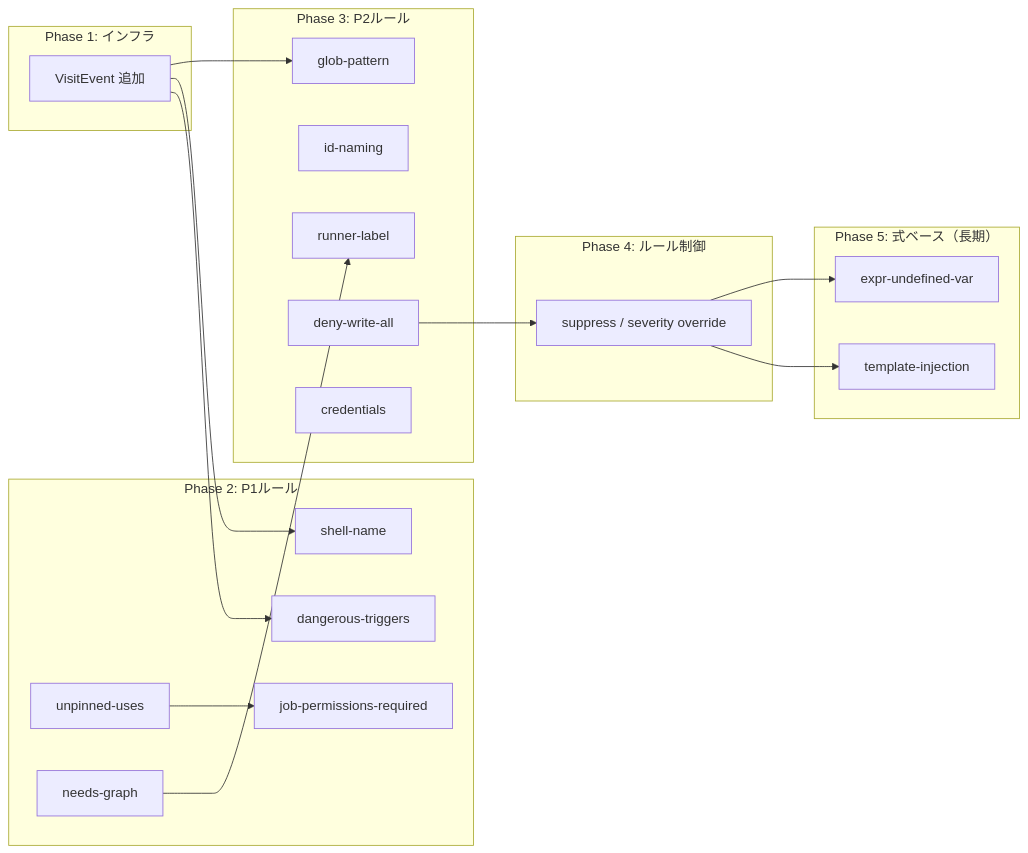
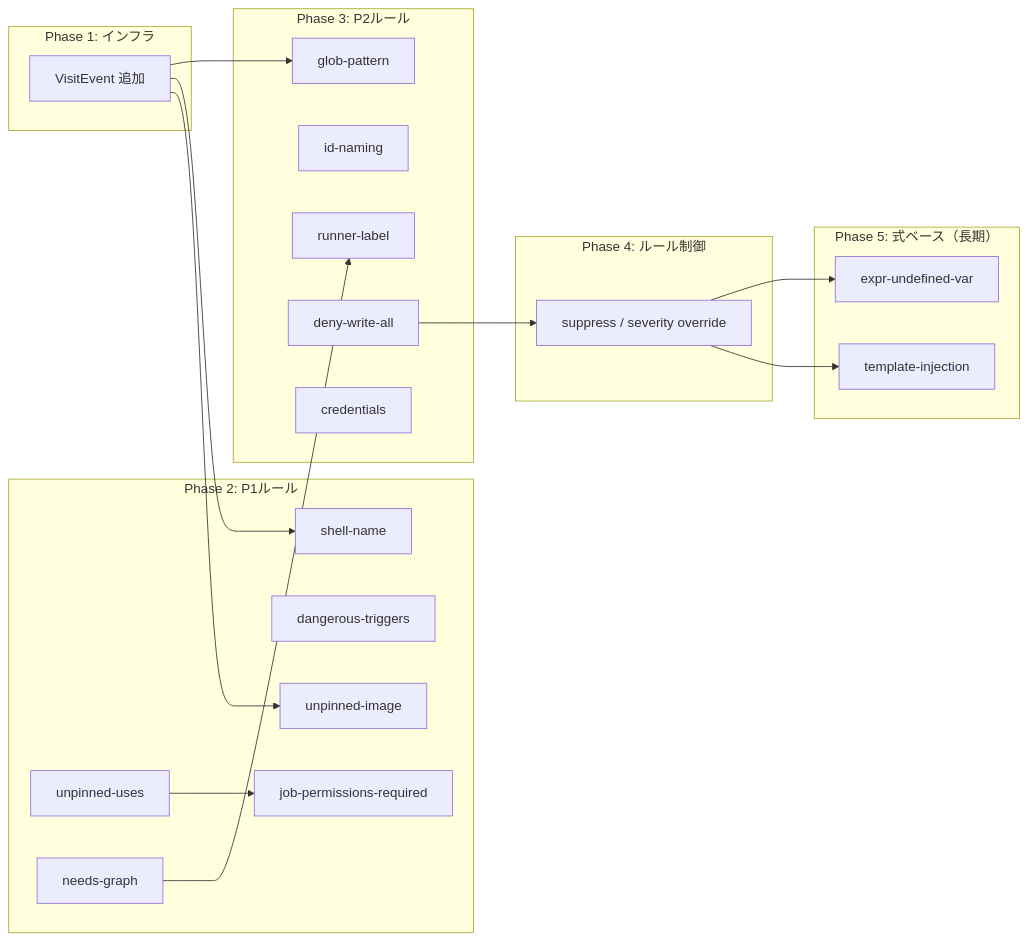
One commit to guitarrapc/seiton changed the diagram in Docs/linter_implementation_csharp_plan.md. Above: the diagram before and after it, drawn with Mermaid. The commit also changed other lines of this file and 4 other files, not shown here.

Commit message:
feat: add unpinned container image rule

````diff
--- a/Docs/linter_implementation_csharp_plan.md
+++ b/Docs/linter_implementation_csharp_plan.md
@@ -330,35 +347,36 @@
 ```mermaid
 graph LR
 subgraph "Phase 1: インフラ"
   P1A["VisitEvent 追加"]
 end
 subgraph "Phase 2: P1ルール"
   P2A["unpinned-uses"]
-  P2B["dangerous-triggers"]
-  P2C["job-permissions-required"]
-  P2D["needs-graph"]
-  P2E["shell-name"]
+  P2B["unpinned-image"]
+  P2C["dangerous-triggers"]
+  P2D["job-permissions-required"]
+  P2E["needs-graph"]
+  P2F["shell-name"]
 end
 subgraph "Phase 3: P2ルール"
   P3A["runner-label"]
   P3B["id-naming"]
   P3C["glob-pattern"]
   P3D["deny-write-all"]
   P3E["credentials"]
 end
 subgraph "Phase 4: ルール制御"
   P4["suppress / severity override"]
 end
 subgraph "Phase 5: 式ベース（長期）"
   P5A["template-injection"]
   P5B["expr-undefined-var"]
 end
 P1A --> P2B
-P1A --> P2E
+P1A --> P2F
 P1A --> P3C
-P2A --> P2C
-P2D --> P3A
+P2A --> P2D
+P2E --> P3A
 P3D --> P4
 P4 --> P5A
 P4 --> P5B
 ```
````
